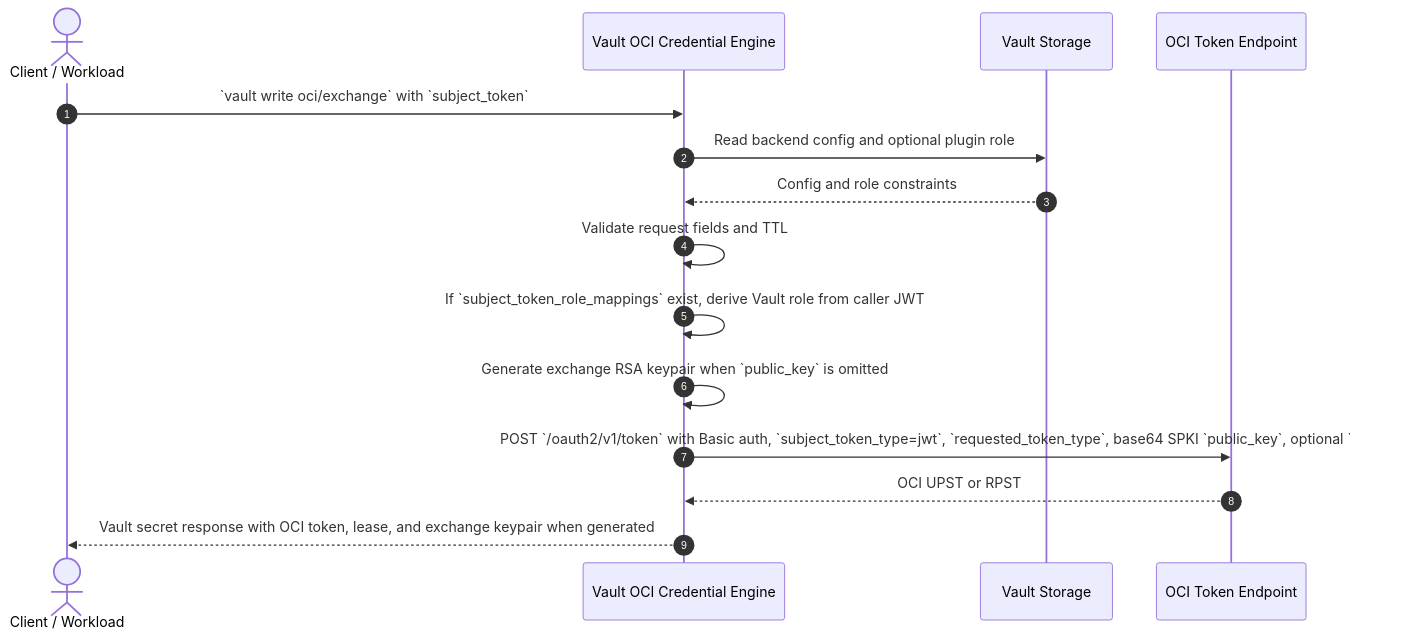
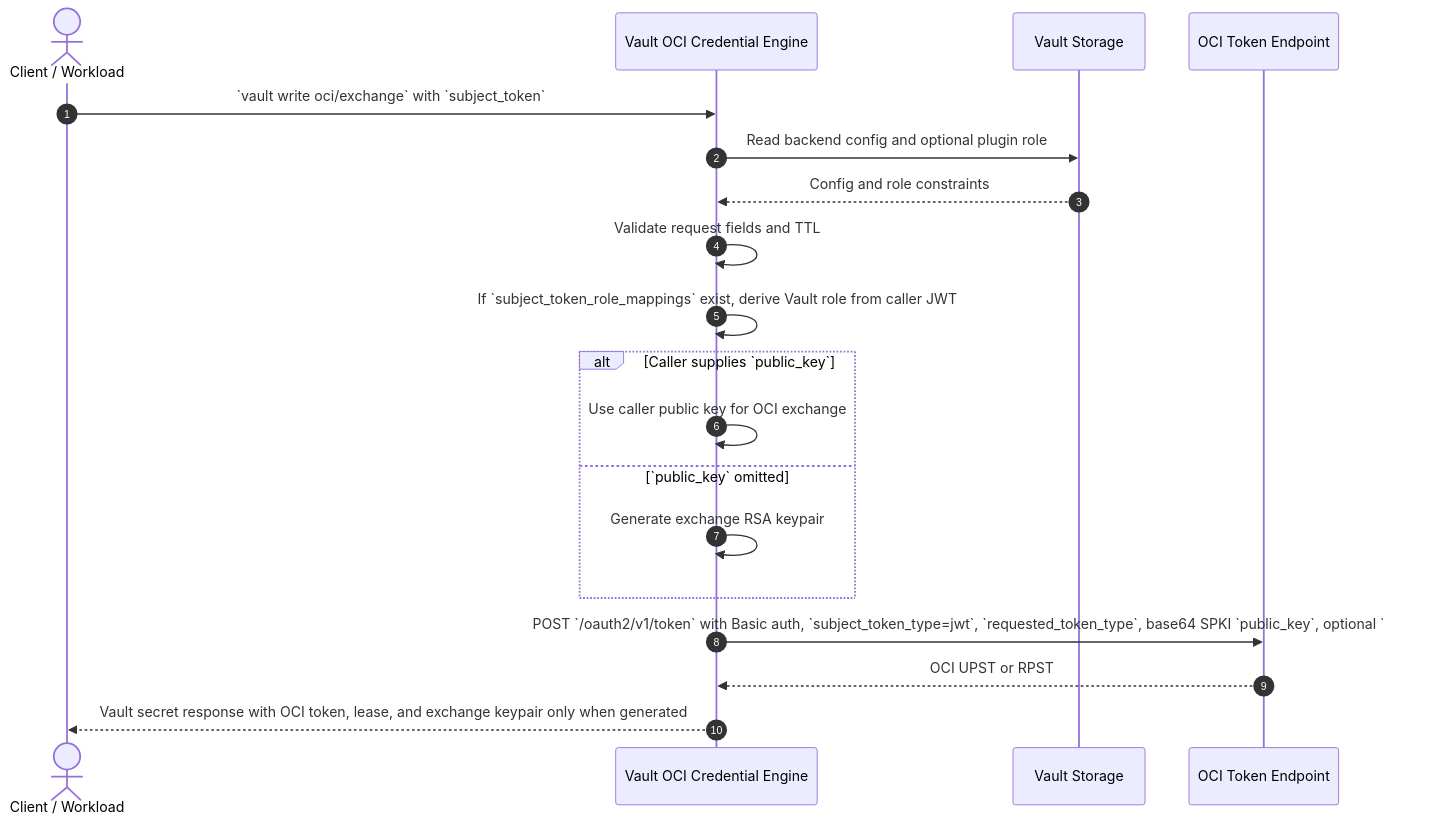
Before and after one commit to gtrevorrow/Hashicorp-OCI-credential-engine: the first of 4 diagrams in README.md, drawn with Mermaid. The commit also changed other lines of this file and 3 other files, not shown here.

Commit message:
docs(diagrams): show optional exchange public key

````diff
--- a/README.md
+++ b/README.md
@@ -24,18 +24,22 @@
 ```mermaid
 sequenceDiagram
     autonumber
     actor C as Client / Workload
     participant V as Vault OCI Credential Engine
     participant S as Vault Storage
     participant O as OCI Token Endpoint
 
     C->>V: `vault write oci/exchange` with `subject_token`
     V->>S: Read backend config and optional plugin role
     S-->>V: Config and role constraints
     V->>V: Validate request fields and TTL
     V->>V: If `subject_token_role_mappings` exist, derive Vault role from caller JWT
-    V->>V: Generate exchange RSA keypair when `public_key` is omitted
+    alt Caller supplies `public_key`
+        V->>V: Use caller public key for OCI exchange
+    else `public_key` omitted
+        V->>V: Generate exchange RSA keypair
+    end
     V->>O: POST `/oauth2/v1/token` with Basic auth, `subject_token_type=jwt`, `requested_token_type`, base64 SPKI `public_key`, optional `res_type`
     O-->>V: OCI UPST or RPST
-    V-->>C: Vault secret response with OCI token, lease, and exchange keypair when generated
+    V-->>C: Vault secret response with OCI token, lease, and exchange keypair only when generated
 ```
````
